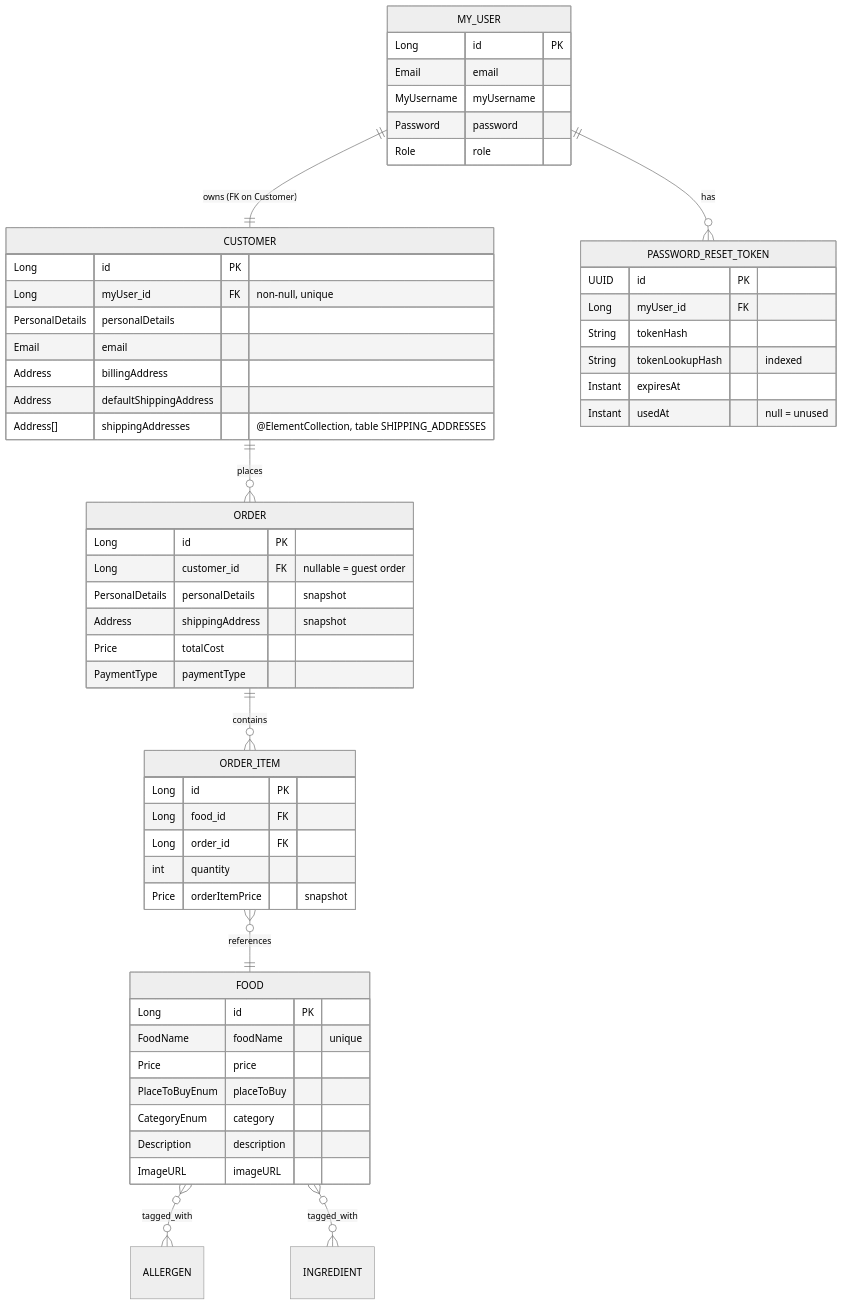
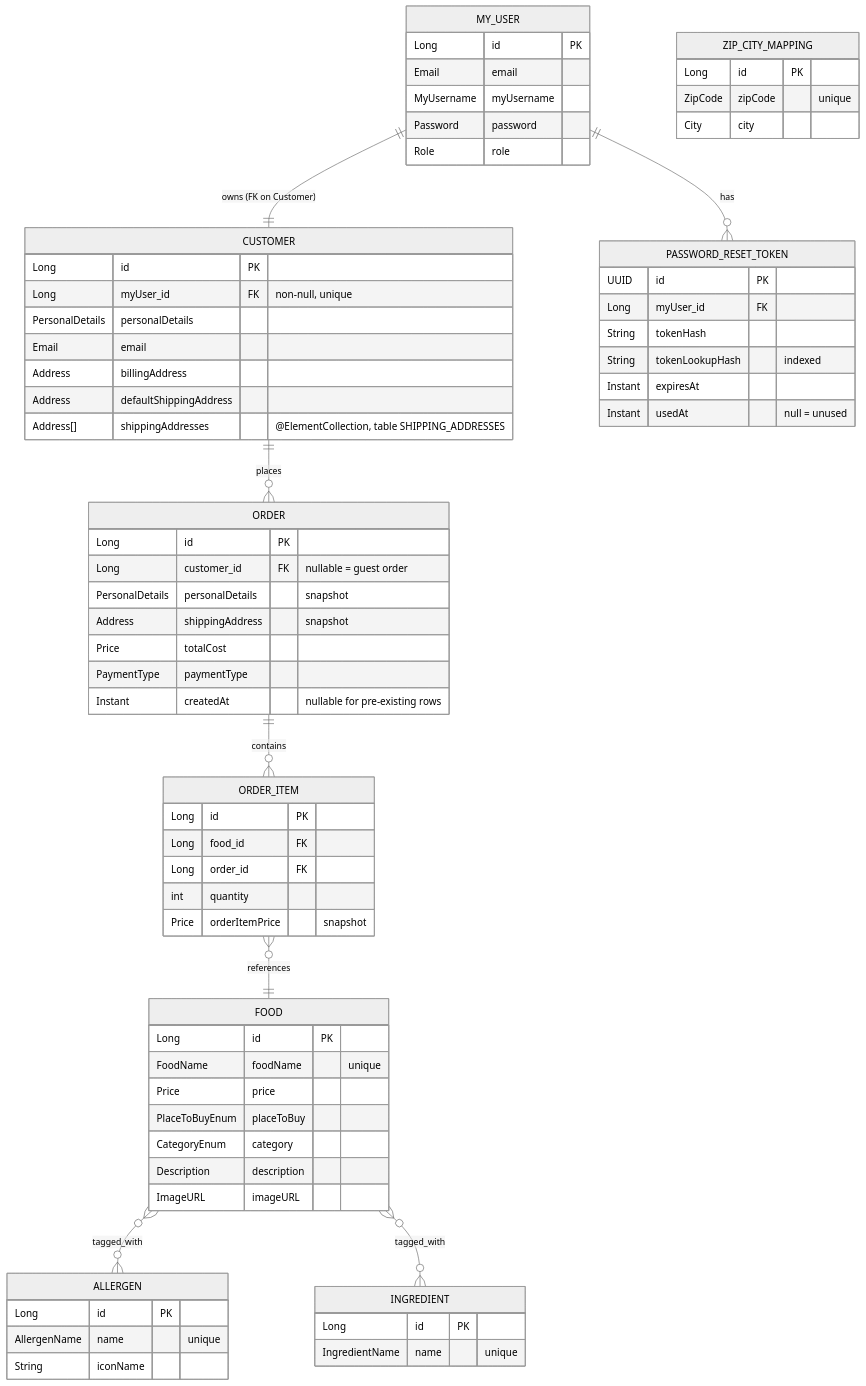
Before and after one commit to Izayata/reference-spring-boot-api: the first of 6 diagrams in docs/DESIGN.md, drawn with Mermaid (neutral theme). The commit also changed other lines of this file and 1 other file, not shown here.

Commit message:
Bring domain-model ERD up to date with current entities (#16)
Order.createdAt, the Allergen/Ingredient attribute blocks (including
iconName), and the ZipCityMapping entity had all landed in code without
being reflected in docs/DESIGN.md or docs/erd.html.

````diff
--- a/docs/DESIGN.md
+++ b/docs/DESIGN.md
@@ -86,59 +87,74 @@
 ```mermaid
 erDiagram
     MY_USER ||--|| CUSTOMER : "owns (FK on Customer)"
     MY_USER ||--o{ PASSWORD_RESET_TOKEN : has
     CUSTOMER ||--o{ ORDER : places
     ORDER ||--o{ ORDER_ITEM : contains
     ORDER_ITEM }o--|| FOOD : references
     FOOD }o--o{ ALLERGEN : tagged_with
     FOOD }o--o{ INGREDIENT : tagged_with
 
     MY_USER {
         Long id PK
         Email email
         MyUsername myUsername
         Password password
         Role role
     }
     CUSTOMER {
         Long id PK
         Long myUser_id FK "non-null, unique"
         PersonalDetails personalDetails
         Email email
         Address billingAddress
         Address defaultShippingAddress
         Address[] shippingAddresses "@ElementCollection, table SHIPPING_ADDRESSES"
     }
     ORDER {
         Long id PK
         Long customer_id FK "nullable = guest order"
         PersonalDetails personalDetails "snapshot"
         Address shippingAddress "snapshot"
         Price totalCost
         PaymentType paymentType
+        Instant createdAt "nullable for pre-existing rows"
     }
     ORDER_ITEM {
         Long id PK
         Long food_id FK
         Long order_id FK
         int quantity
         Price orderItemPrice "snapshot"
     }
     FOOD {
         Long id PK
         FoodName foodName "unique"
         Price price
         PlaceToBuyEnum placeToBuy
         CategoryEnum category
         Description description
         ImageURL imageURL
     }
+    ALLERGEN {
+        Long id PK
+        AllergenName name "unique"
+        String iconName
+    }
+    INGREDIENT {
+        Long id PK
+        IngredientName name "unique"
+    }
     PASSWORD_RESET_TOKEN {
         UUID id PK
         Long myUser_id FK
         String tokenHash
         String tokenLookupHash "indexed"
         Instant expiresAt
         Instant usedAt "null = unused"
     }
+    ZIP_CITY_MAPPING {
+        Long id PK
+        ZipCode zipCode "unique"
+        City city
+    }
 ```
````
